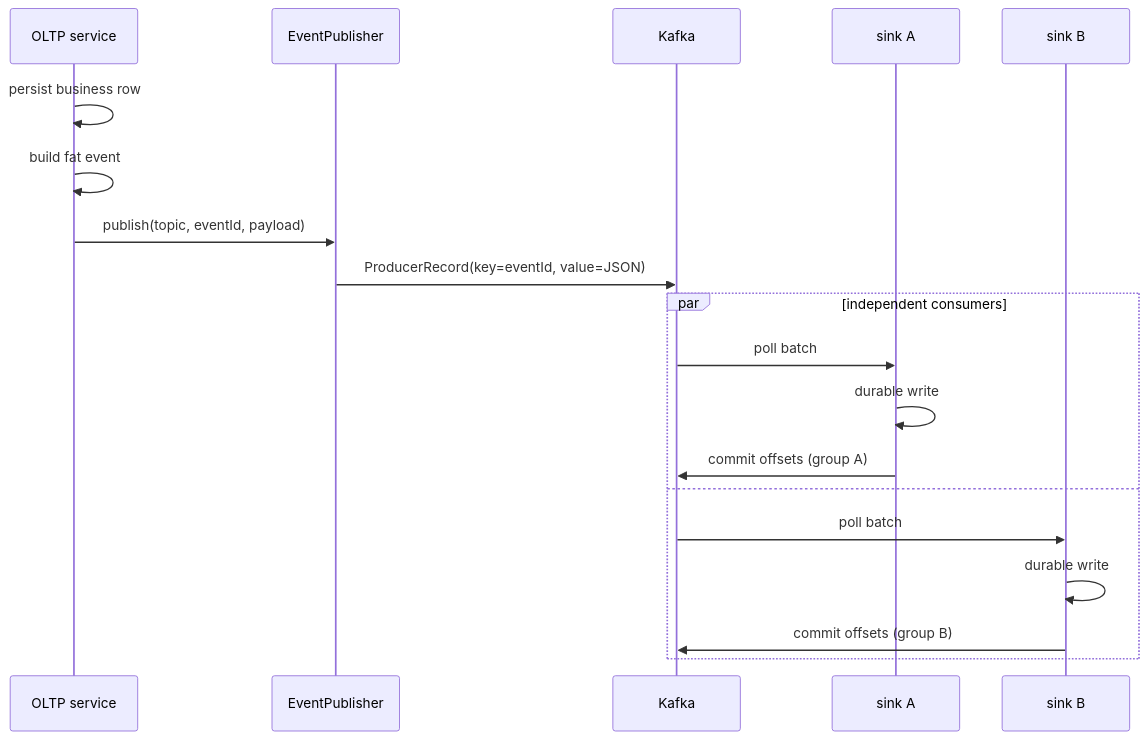
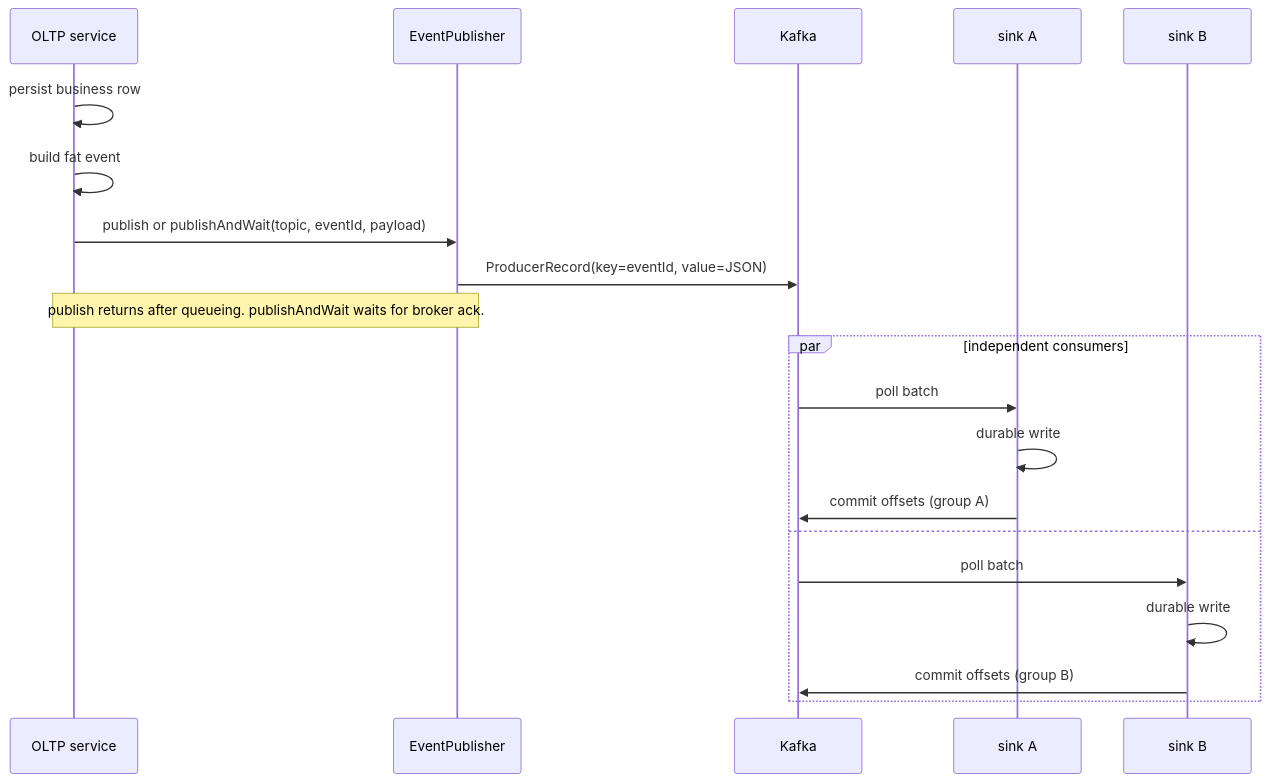
The second of 4 diagrams in docs/hld.md (AnaSyLabs/AnaSy), drawn with Mermaid before and after one commit. The commit also changed other lines of this file and 6 other files, not shown here.

````diff
--- a/docs/hld.md
+++ b/docs/hld.md
@@ -56,22 +56,23 @@
 ```mermaid
 sequenceDiagram
   participant S as OLTP service
   participant P as EventPublisher
   participant K as Kafka
   participant A as sink A
   participant B as sink B
 
   S->>S: persist business row
   S->>S: build fat event
-  S->>P: publish(topic, eventId, payload)
+  S->>P: publish or publishAndWait(topic, eventId, payload)
   P->>K: ProducerRecord(key=eventId, value=JSON)
+  Note over S,P: publish returns after queueing. publishAndWait waits for broker ack.
   par independent consumers
     K->>A: poll batch
     A->>A: durable write
     A->>K: commit offsets (group A)
   and
     K->>B: poll batch
     B->>B: durable write
     B->>K: commit offsets (group B)
   end
 ```
````
